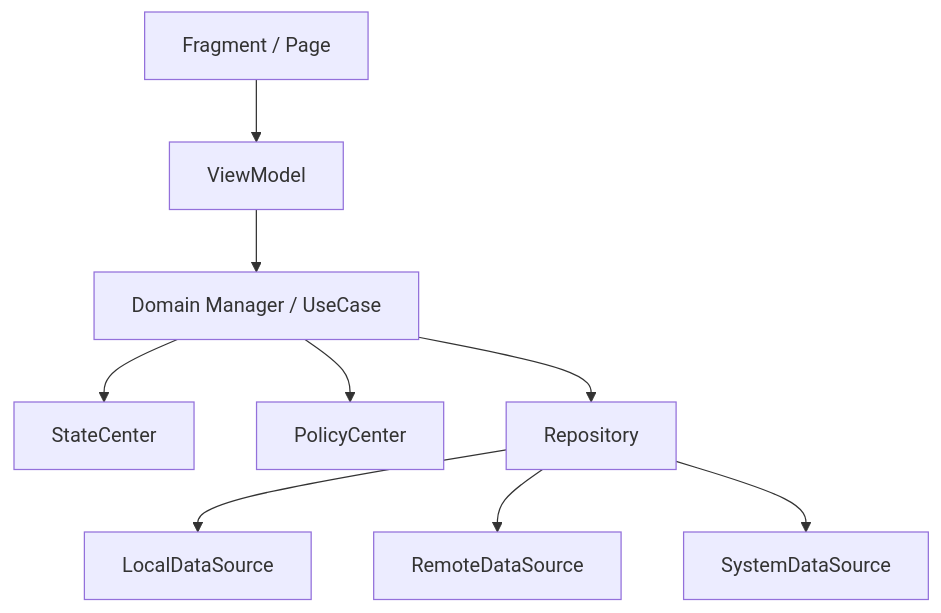
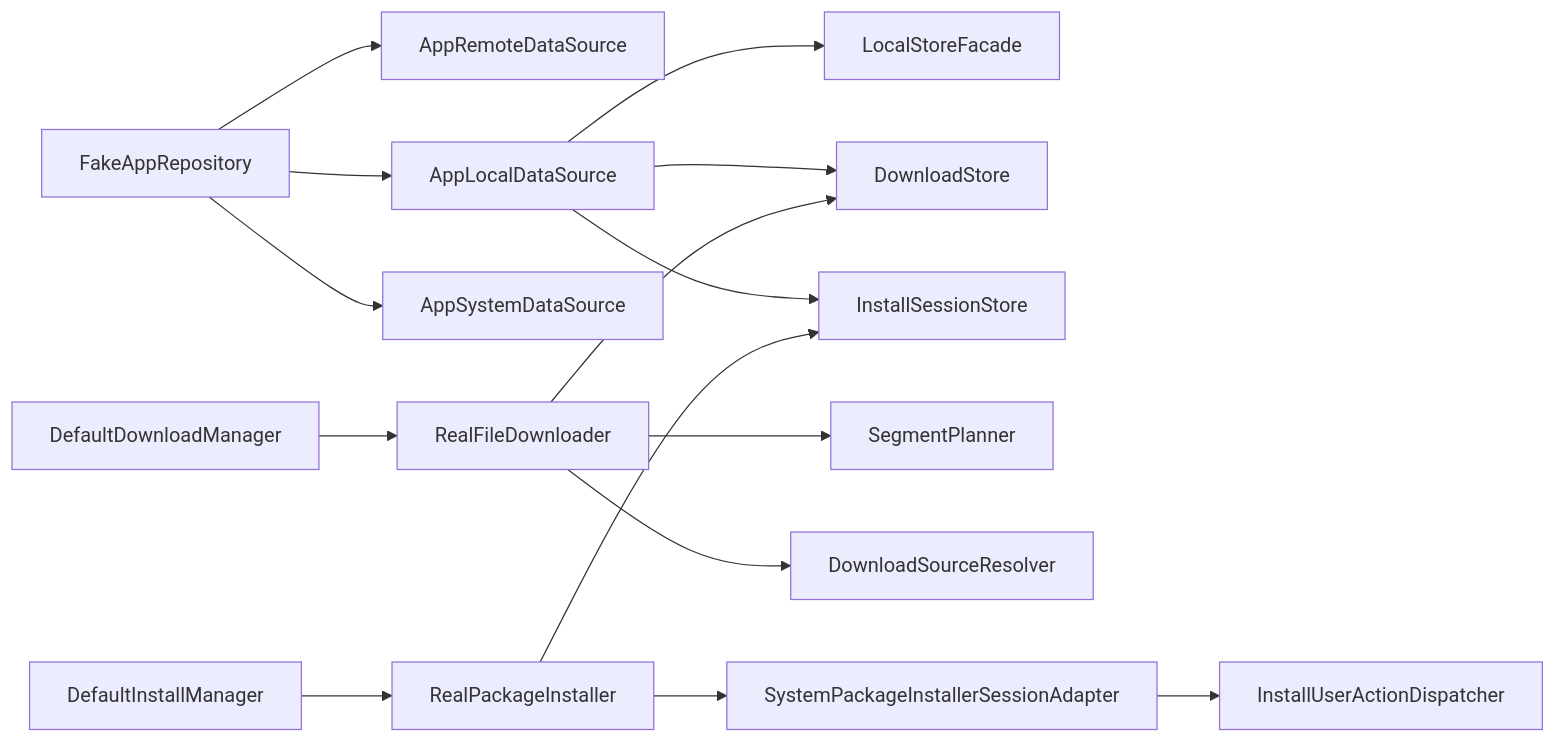
The third of 4 diagrams in docs/04-类图与关系图.md (XZQ/CarAppStore), drawn with Mermaid before and after one commit. The commit also changed other lines of this file and 35 other files, not shown here.

Commit message:
Docs: reorganize architecture docs and handoff guide

````diff
--- a/docs/04-类图与关系图.md
+++ b/docs/04-类图与关系图.md
@@ -114,11 +122,20 @@
 ```mermaid
-flowchart TD
-    Fragment[Fragment / Page] --> VM[ViewModel]
-    VM --> UseCase[Domain Manager / UseCase]
-    UseCase --> StateCenter
-    UseCase --> PolicyCenter
-    UseCase --> Repository
-    Repository --> Local[LocalDataSource]
-    Repository --> Remote[RemoteDataSource]
-    Repository --> System[SystemDataSource]
+flowchart LR
+    REPO[FakeAppRepository] --> REMOTE[AppRemoteDataSource]
+    REPO --> LOCAL[AppLocalDataSource]
+    REPO --> SYSTEM[AppSystemDataSource]
+
+    LOCAL --> STORE[LocalStoreFacade]
+    LOCAL --> DSTORE[DownloadStore]
+    LOCAL --> ISTORE[InstallSessionStore]
+
+    DM[DefaultDownloadManager] --> FD[RealFileDownloader]
+    FD --> SEG[SegmentPlanner]
+    FD --> SRC[DownloadSourceResolver]
+    FD --> DSTORE
+
+    IM[DefaultInstallManager] --> PI[RealPackageInstaller]
+    PI --> ADAPTER[SystemPackageInstallerSessionAdapter]
+    PI --> ISTORE
+    ADAPTER --> DISPATCHER[InstallUserActionDispatcher]
 ```
````
